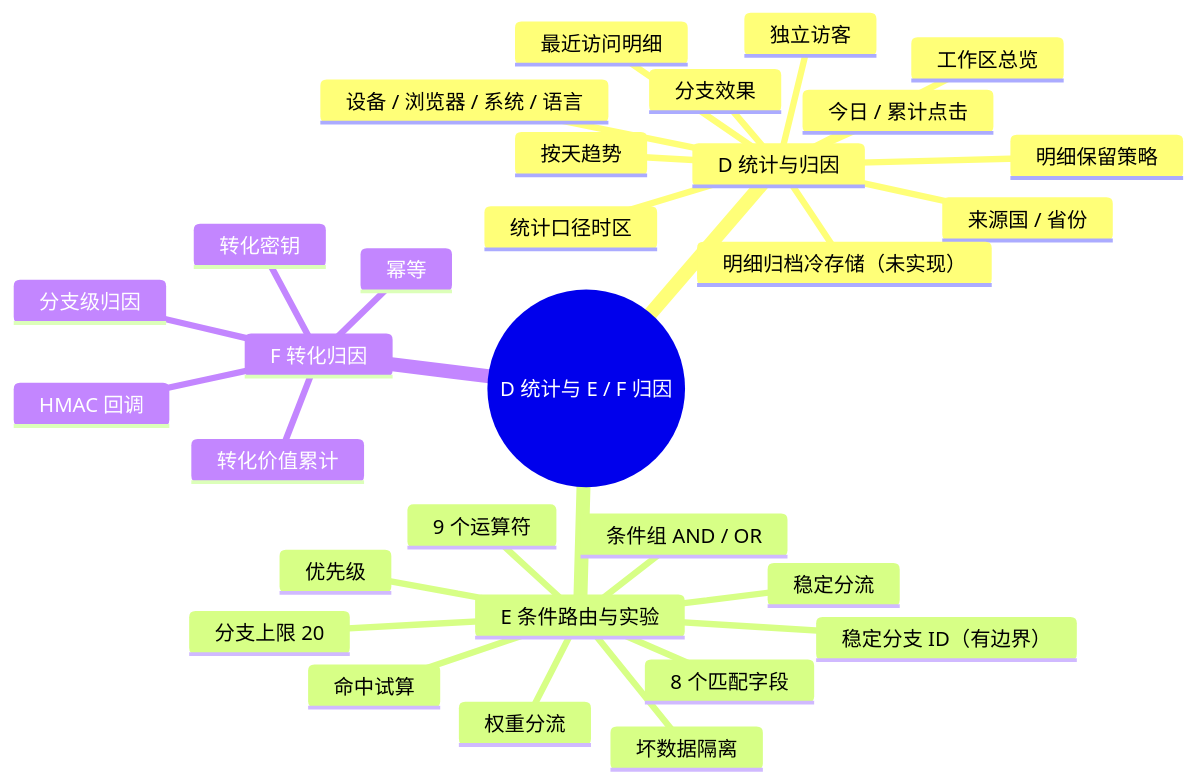
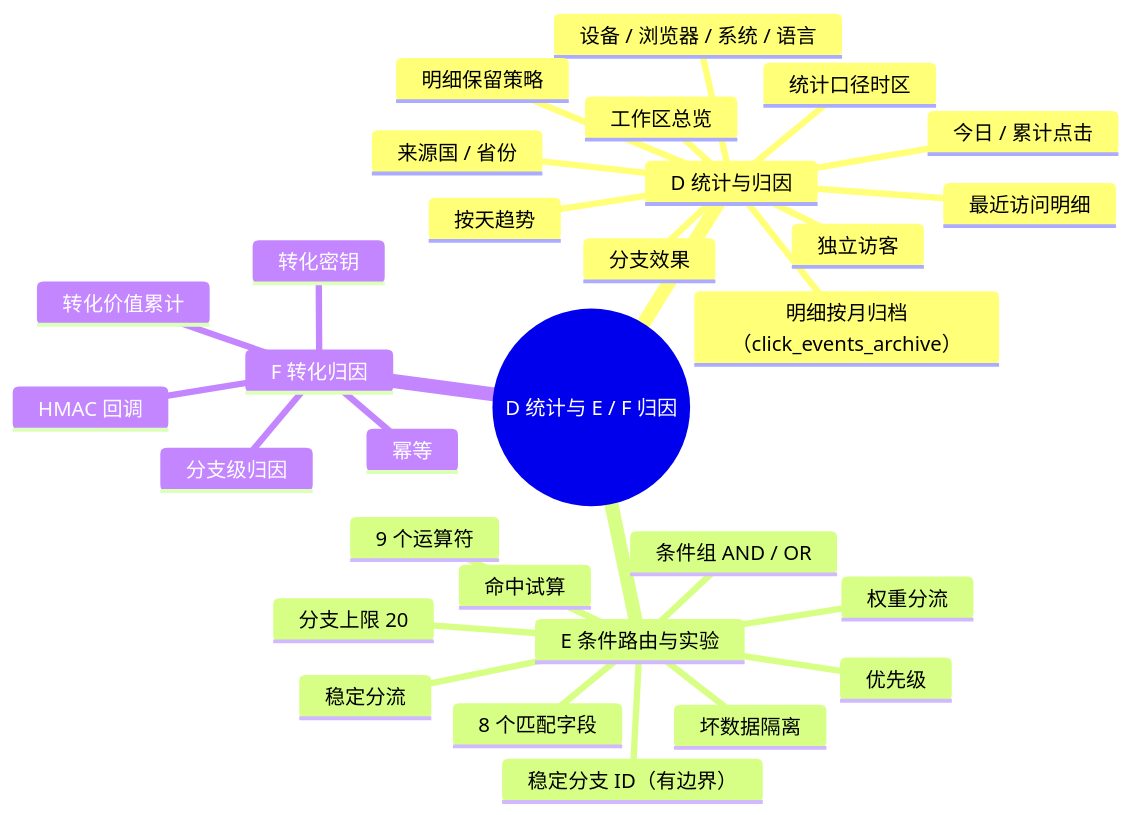
The eighth of 10 diagrams in docs/features-mindmap.md (ZUOXIANGE/ShortLink), drawn with Mermaid before and after one commit. The commit also changed 46 other files, not shown here.

````diff
--- a/docs/features-mindmap.md
+++ b/docs/features-mindmap.md
@@ -289,33 +289,33 @@
 ```mermaid
 mindmap
   root((D 统计与 E / F 归因))
     D 统计与归因
       今日 / 累计点击
       独立访客
       按天趋势
       来源国 / 省份
       设备 / 浏览器 / 系统 / 语言
       最近访问明细
       分支效果
       工作区总览
       统计口径时区
       明细保留策略
-      明细归档冷存储（未实现）
+      明细按月归档（click_events_archive）
     E 条件路由与实验
       条件组 AND / OR
       8 个匹配字段
       9 个运算符
       优先级
       权重分流
       稳定分流
       命中试算
       坏数据隔离
       分支上限 20
       稳定分支 ID（有边界）
     F 转化归因
       转化密钥
       HMAC 回调
       幂等
       分支级归因
       转化价值累计
 ```
````
